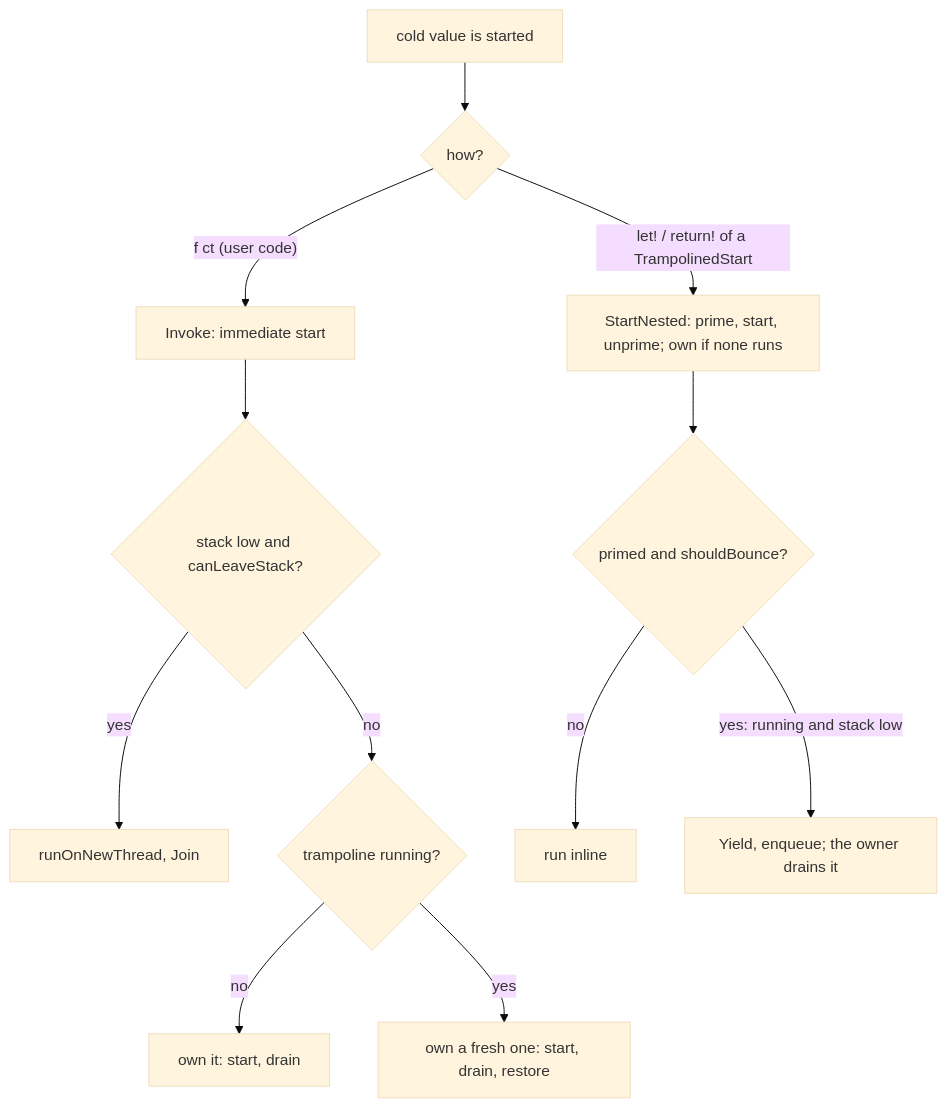
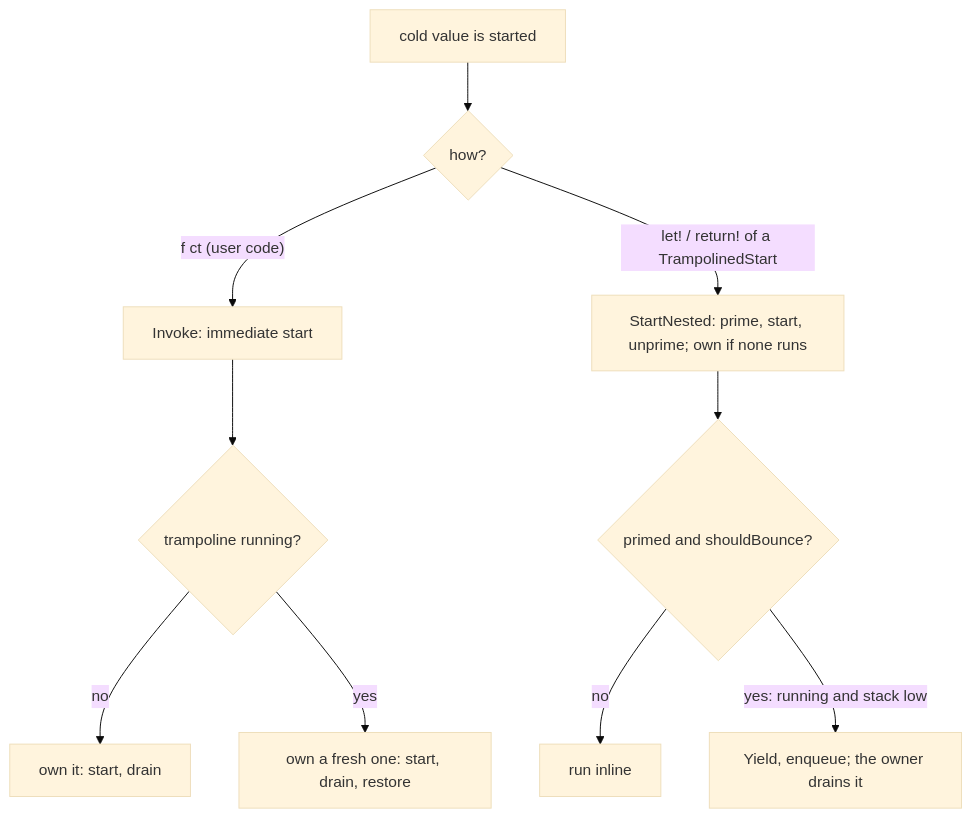
Before and after one commit to TheAngryByrd/IcedTasks: the diagram in lode/plans/recursion-and-tail-calls.md, drawn with Mermaid (base theme). The commit also changed other lines of this file and 14 other files, not shown here.

First line of the commit message:
Stay on the thread at low stack and gate the exception cache by depth

````diff
--- a/lode/plans/recursion-and-tail-calls.md
+++ b/lode/plans/recursion-and-tail-calls.md
@@ -69,14 +69,12 @@
 ```mermaid
 flowchart TD
     call["cold value is started"] --> kind{"how?"}
     kind -->|"f ct (user code)"| imm["Invoke: immediate start"]
     kind -->|"let! / return! of a TrampolinedStart"| nested["StartNested: prime, start, unprime; own if none runs"]
-    imm --> low{"stack low and canLeaveStack?"}
-    low -->|yes| hop["runOnNewThread, Join"]
-    low -->|no| own{"trampoline running?"}
+    imm --> own{"trampoline running?"}
     own -->|no| run["own it: start, drain"]
     own -->|yes| iso["own a fresh one: start, drain, restore"]
     nested --> b{"primed and shouldBounce?"}
     b -->|no| inline["run inline"]
     b -->|"yes: running and stack low"| bounce["Yield, enqueue; the owner drains it"]
 ```
````
